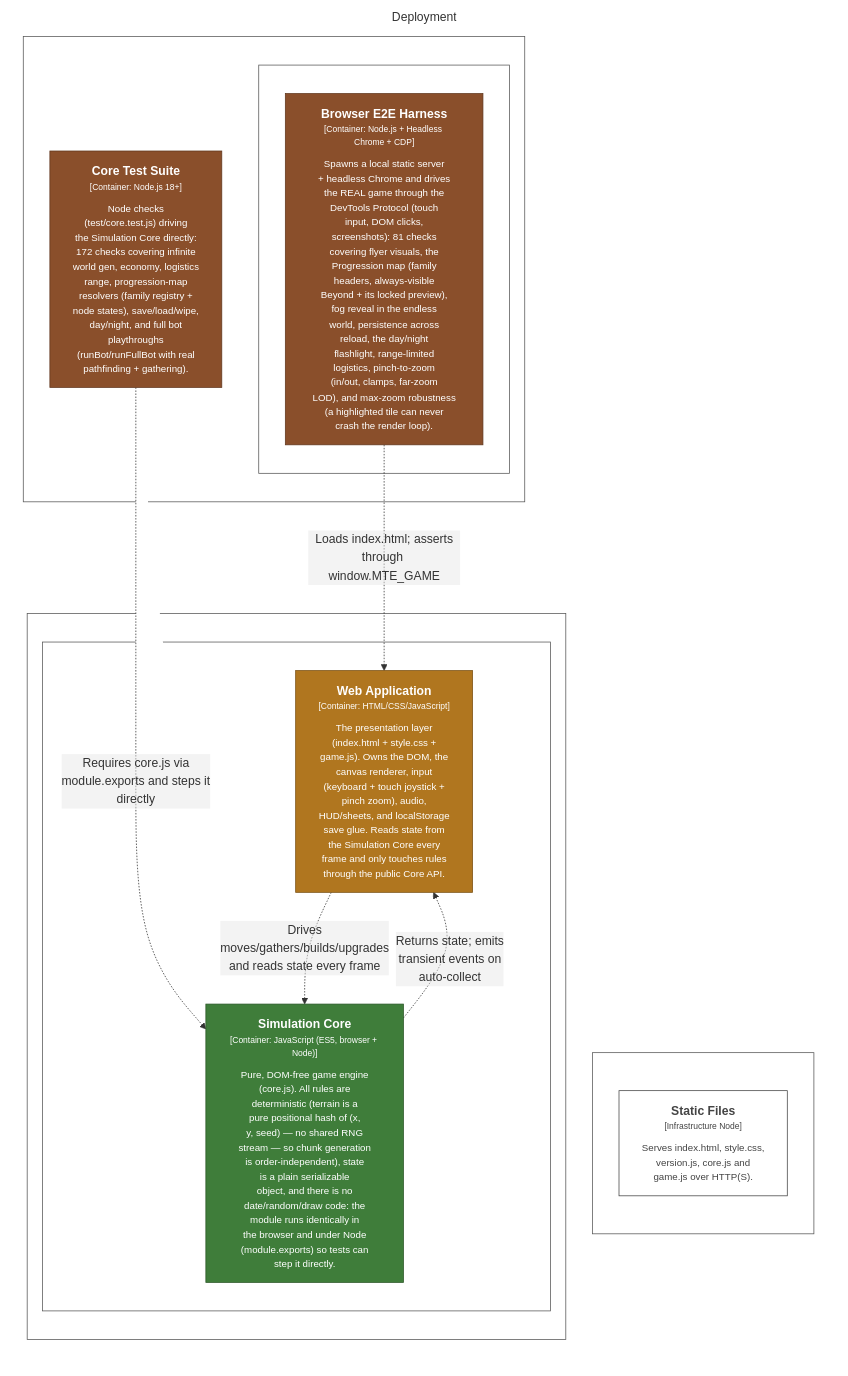
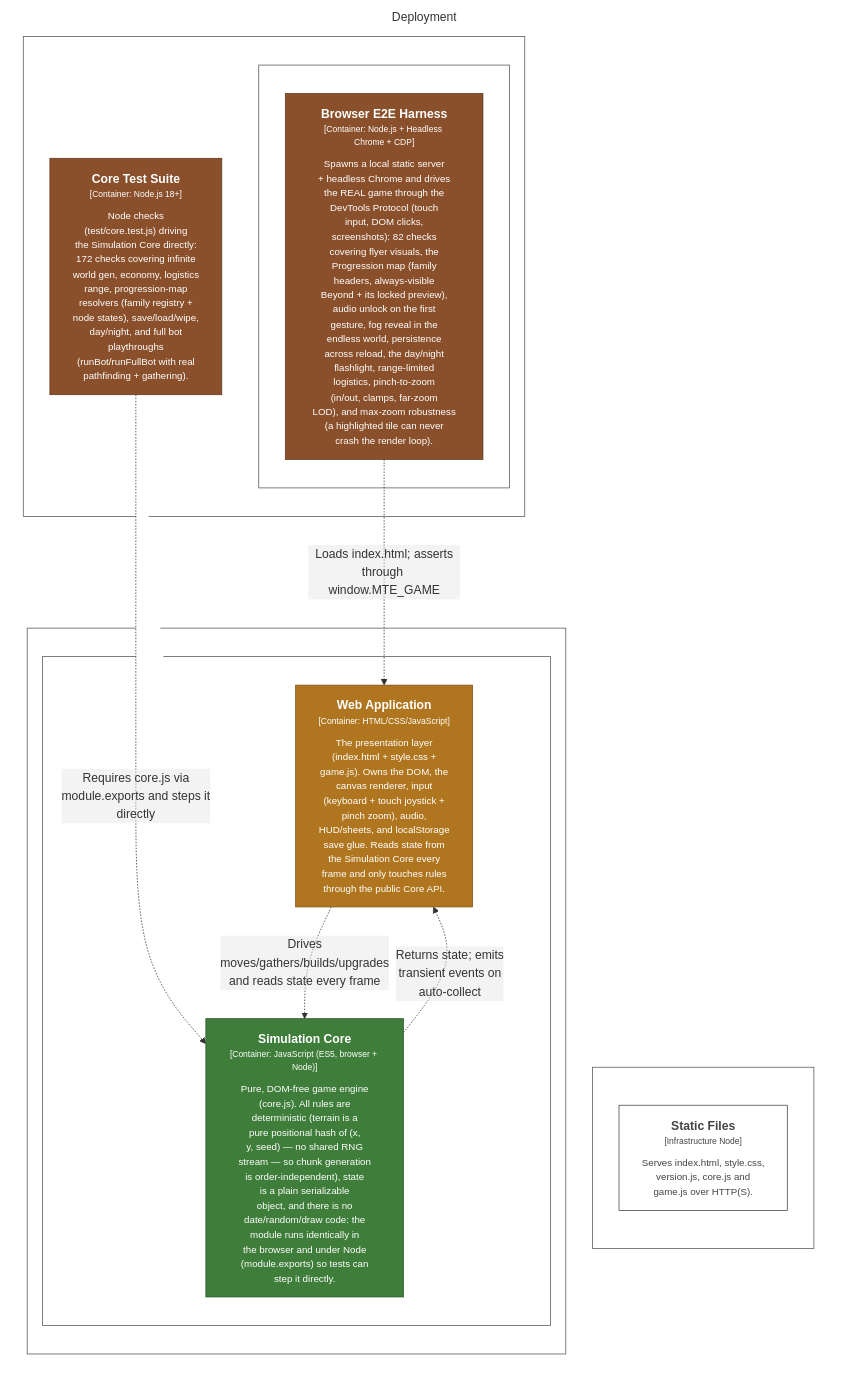
One commit to bitkojine/more-than-enough changed the diagram in structurizr/diagrams/Deployment.mmd. Above: the diagram before and after it, drawn with Mermaid. The commit also changed 8 other files, not shown here.

First line of the commit message:
v0.13.0: fix — audio starts on first gesture; per-material gather voices

```diff
--- a/structurizr/diagrams/Deployment.mmd
+++ b/structurizr/diagrams/Deployment.mmd
@@ -1,48 +1,48 @@
 %% Generated from structurizr/workspace.dsl — do not edit; run: node structurizr/scripts/structurizr.mjs mermaid
 graph LR
   linkStyle default fill:#ffffff
 
   subgraph diagram ["Deployment"]
     style diagram fill:#ffffff,stroke:#ffffff
 
     subgraph 67 ["Browser"]
       style 67 fill:#ffffff,stroke:#575757,color:#ffffff
 
       subgraph 68 ["Browser tab"]
         style 68 fill:#ffffff,stroke:#575757,color:#ffffff
 
         69["<div style='font-weight: bold'>Web Application</div><div style='font-size: 70%; margin-top: 0px'>[Container: HTML/CSS/JavaScript]</div><div style='font-size: 80%; margin-top:10px'>The presentation layer<br />(index.html + style.css +<br />game.js). Owns the DOM, the<br />canvas renderer, input<br />(keyboard + touch joystick +<br />pinch zoom), audio,<br />HUD/sheets, and localStorage<br />save glue. Reads state from<br />the Simulation Core every<br />frame and only touches rules<br />through the public Core API.</div>"]
         style 69 fill:#b0761f,stroke:#7b5215,color:#ffffff
         70["<div style='font-weight: bold'>Simulation Core</div><div style='font-size: 70%; margin-top: 0px'>[Container: JavaScript (ES5, browser + Node)]</div><div style='font-size: 80%; margin-top:10px'>Pure, DOM-free game engine<br />(core.js). All rules are<br />deterministic (terrain is a<br />pure positional hash of (x,<br />y, seed) — no shared RNG<br />stream — so chunk generation<br />is order-independent), state<br />is a plain serializable<br />object, and there is no<br />date/random/draw code: the<br />module runs identically in<br />the browser and under Node<br />(module.exports) so tests can<br />step it directly.</div>"]
         style 70 fill:#3f7d3a,stroke:#2c5728,color:#ffffff
       end
 
     end
 
     subgraph 73 ["Static Host"]
       style 73 fill:#ffffff,stroke:#575757,color:#ffffff
 
       74["<div style='font-weight: bold'>Static Files</div><div style='font-size: 70%; margin-top: 0px'>[Infrastructure Node]</div><div style='font-size: 80%; margin-top:10px'>Serves index.html, style.css,<br />version.js, core.js and<br />game.js over HTTP(S).</div>"]
       style 74 fill:#ffffff,stroke:#444444,color:#444444
     end
 
     subgraph 75 ["Node.js 18+"]
       style 75 fill:#ffffff,stroke:#575757,color:#ffffff
 
       76["<div style='font-weight: bold'>Core Test Suite</div><div style='font-size: 70%; margin-top: 0px'>[Container: Node.js 18+]</div><div style='font-size: 80%; margin-top:10px'>Node checks<br />(test/core.test.js) driving<br />the Simulation Core directly:<br />172 checks covering infinite<br />world gen, economy, logistics<br />range, progression-map<br />resolvers (family registry +<br />node states), save/load/wipe,<br />day/night, and full bot<br />playthroughs<br />(runBot/runFullBot with real<br />pathfinding + gathering).</div>"]
       style 76 fill:#8a4f2b,stroke:#60371e,color:#ffffff
       subgraph 78 ["Headless Chrome"]
         style 78 fill:#ffffff,stroke:#575757,color:#ffffff
 
-        79["<div style='font-weight: bold'>Browser E2E Harness</div><div style='font-size: 70%; margin-top: 0px'>[Container: Node.js + Headless Chrome + CDP]</div><div style='font-size: 80%; margin-top:10px'>Spawns a local static server<br />+ headless Chrome and drives<br />the REAL game through the<br />DevTools Protocol (touch<br />input, DOM clicks,<br />screenshots): 81 checks<br />covering flyer visuals, the<br />Progression map (family<br />headers, always-visible<br />Beyond + its locked preview),<br />fog reveal in the endless<br />world, persistence across<br />reload, the day/night<br />flashlight, range-limited<br />logistics, pinch-to-zoom<br />(in/out, clamps, far-zoom<br />LOD), and max-zoom robustness<br />(a highlighted tile can never<br />crash the render loop).</div>"]
+        79["<div style='font-weight: bold'>Browser E2E Harness</div><div style='font-size: 70%; margin-top: 0px'>[Container: Node.js + Headless Chrome + CDP]</div><div style='font-size: 80%; margin-top:10px'>Spawns a local static server<br />+ headless Chrome and drives<br />the REAL game through the<br />DevTools Protocol (touch<br />input, DOM clicks,<br />screenshots): 82 checks<br />covering flyer visuals, the<br />Progression map (family<br />headers, always-visible<br />Beyond + its locked preview),<br />audio unlock on the first<br />gesture, fog reveal in the<br />endless world, persistence<br />across reload, the day/night<br />flashlight, range-limited<br />logistics, pinch-to-zoom<br />(in/out, clamps, far-zoom<br />LOD), and max-zoom robustness<br />(a highlighted tile can never<br />crash the render loop).</div>"]
         style 79 fill:#8a4f2b,stroke:#60371e,color:#ffffff
       end
 
     end
 
     70-. "<div>Returns state; emits<br />transient events on<br />auto-collect</div><div style='font-size: 70%'></div>" .->69
     69-. "<div>Drives<br />moves/gathers/builds/upgrades<br />and reads state every frame</div><div style='font-size: 70%'></div>" .->70
     76-. "<div>Requires core.js via<br />module.exports and steps it<br />directly</div><div style='font-size: 70%'></div>" .->70
     79-. "<div>Loads index.html; asserts<br />through window.MTE_GAME</div><div style='font-size: 70%'></div>" .->69
 
   end
```
